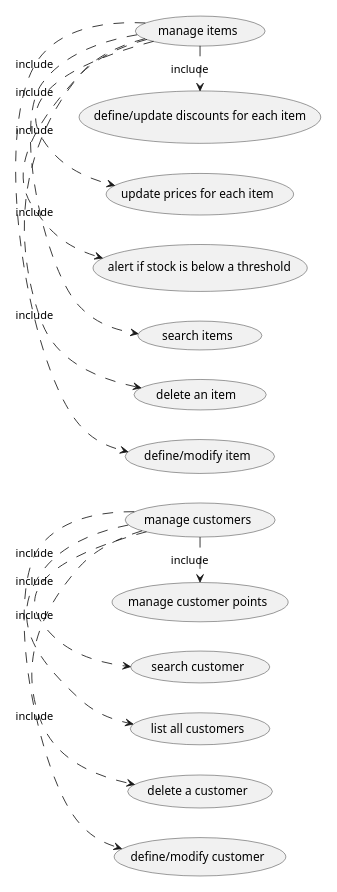
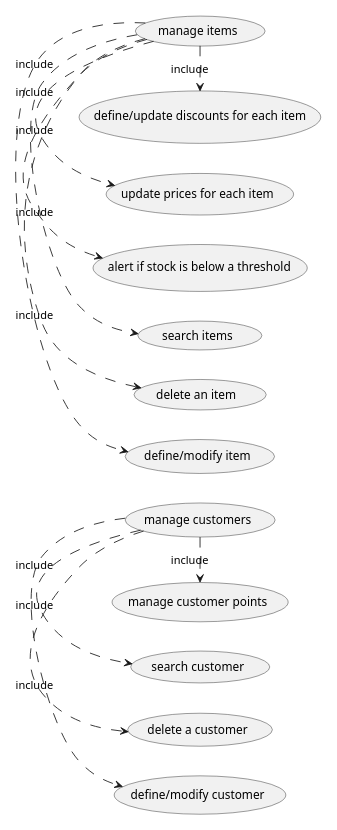
The third of 6 diagrams in Deliverables/RequirementsDocument.md (djemar/softeng_ezshop), drawn with PlantUML before and after one commit. The commit also changed other lines of this file, not shown here.

````diff
--- a/Deliverables/RequirementsDocument.md
+++ b/Deliverables/RequirementsDocument.md
@@ -226,17 +230,16 @@
 ```plantuml
 
 left to right direction
 scale 225 width
 
 (manage customers) .> (define/modify customer) : include
 (manage customers) .> (delete a customer) : include
-(manage customers) .> (list all customers) : include
 (manage customers) .> (search customer) : include
 (manage customers) .> (manage customer points) : include
 (manage items) .> (define/modify item) : include
 (manage items) .> (delete an item ) : include
 (manage items) .> (search items) : include
 (manage items) .> (alert if stock is below a threshold) : include
 (manage items) .> (update prices for each item) : include
 (manage items) .> (define/update discounts for each item) : include
 ```
````
